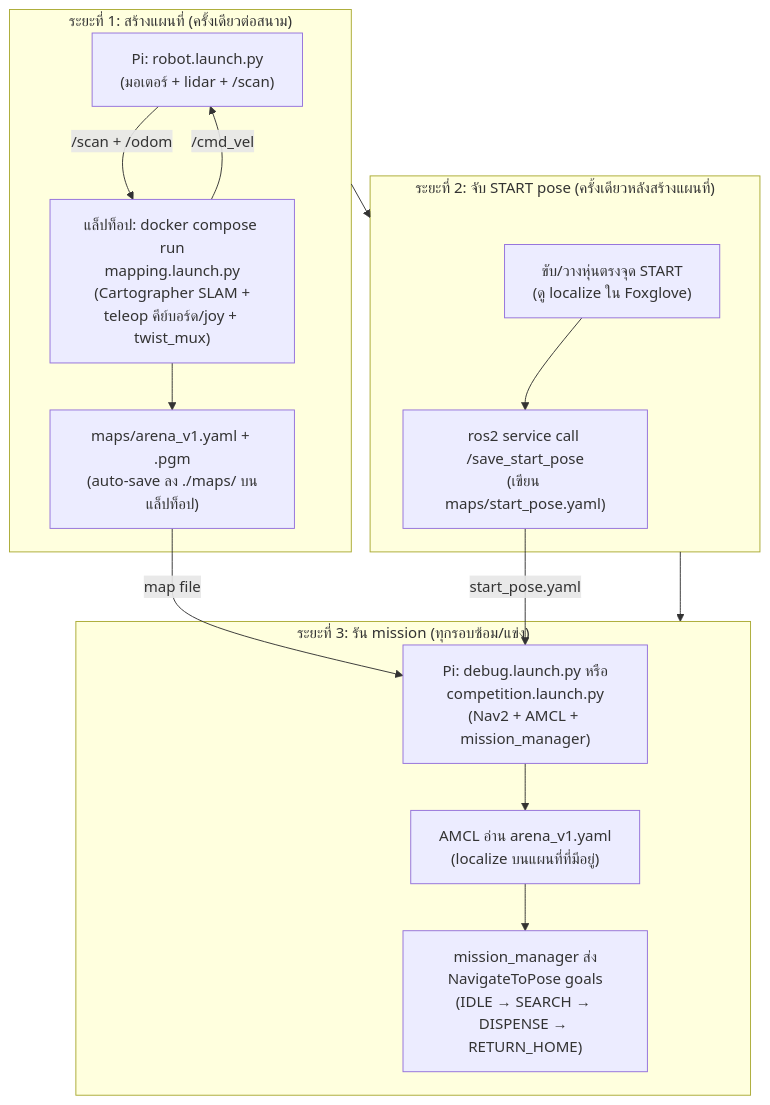
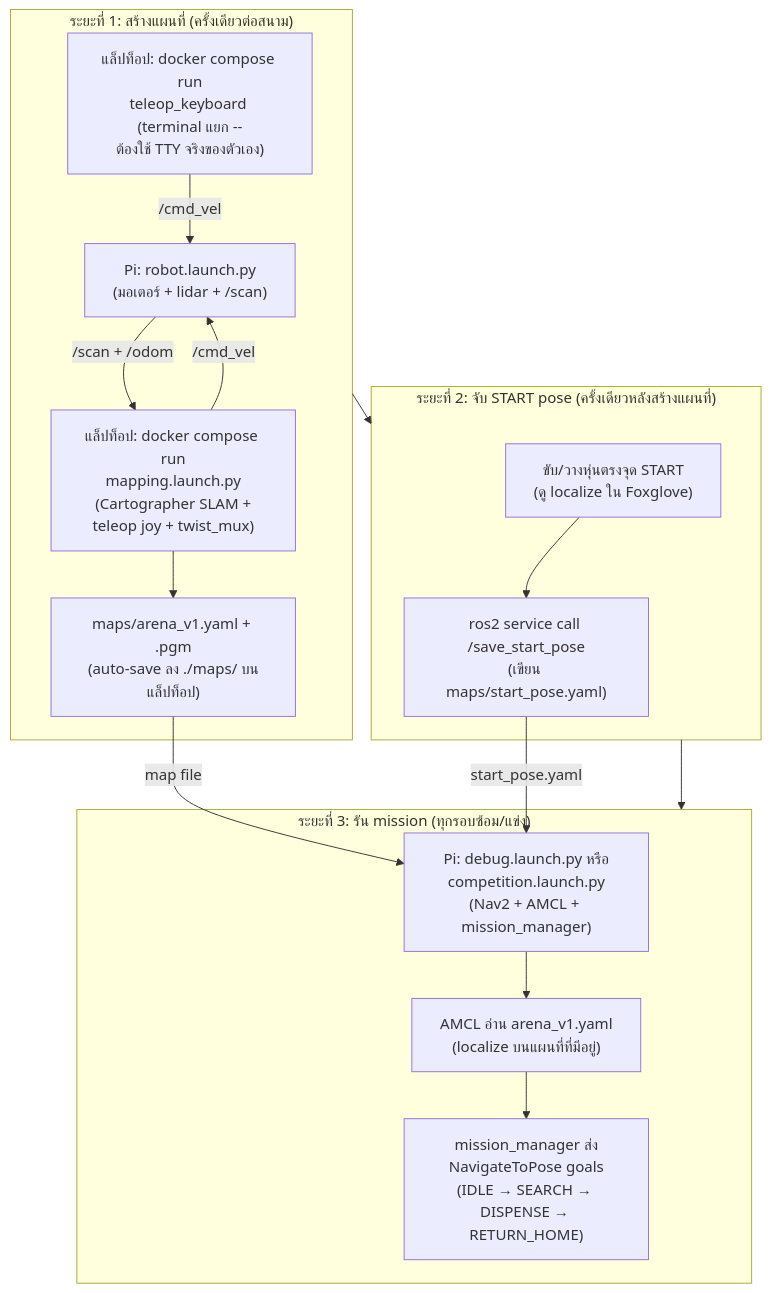
One commit to robotkub/turtlebot3 changed the diagram in docs/th/05-navigation.md. Above: the diagram before and after it, drawn with Mermaid. The commit also changed other lines of this file and 11 other files, not shown here.

````diff
--- a/docs/th/05-navigation.md
+++ b/docs/th/05-navigation.md
@@ -36,28 +36,30 @@
 ```mermaid
 flowchart TD
     subgraph Step1["ระยะที่ 1: สร้างแผนที่ (ครั้งเดียวต่อสนาม)"]
         A["Pi: robot.launch.py\n(มอเตอร์ + lidar + /scan)"]
-        B["แล็ปท็อป: docker compose run\nmapping.launch.py\n(Cartographer SLAM +\nteleop คีย์บอร์ด/joy + twist_mux)"]
+        B["แล็ปท็อป: docker compose run\nmapping.launch.py\n(Cartographer SLAM +\nteleop joy + twist_mux)"]
+        C["แล็ปท็อป: docker compose run\nteleop_keyboard (terminal แยก --\nต้องใช้ TTY จริงของตัวเอง)"]
         D["maps/arena_v1.yaml + .pgm\n(auto-save ลง ./maps/ บนแล็ปท็อป)"]
         A -->|"/scan + /odom"| B
         B -->|"/cmd_vel"| A
+        C -->|"/cmd_vel"| A
         B --> D
     end
 
     subgraph Step2["ระยะที่ 2: จับ START pose (ครั้งเดียวหลังสร้างแผนที่)"]
         E["ขับ/วางหุ่นตรงจุด START\n(ดู localize ใน Foxglove)"]
         F["ros2 service call /save_start_pose\n(เขียน maps/start_pose.yaml)"]
         E --> F
     end
 
     subgraph Step3["ระยะที่ 3: รัน mission (ทุกรอบซ้อม/แข่ง)"]
         G["Pi: debug.launch.py หรือ\ncompetition.launch.py\n(Nav2 + AMCL + mission_manager)"]
         H["AMCL อ่าน arena_v1.yaml\n(localize บนแผนที่ที่มีอยู่)"]
         I["mission_manager ส่ง\nNavigateToPose goals\n(IDLE → SEARCH → DISPENSE → RETURN_HOME)"]
         D -->|"map file"| G
         F -->|"start_pose.yaml"| G
         G --> H --> I
     end
 
     Step1 --> Step2 --> Step3
 ```
````
